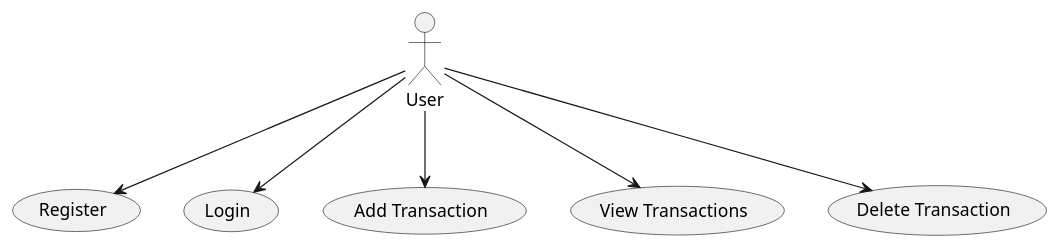
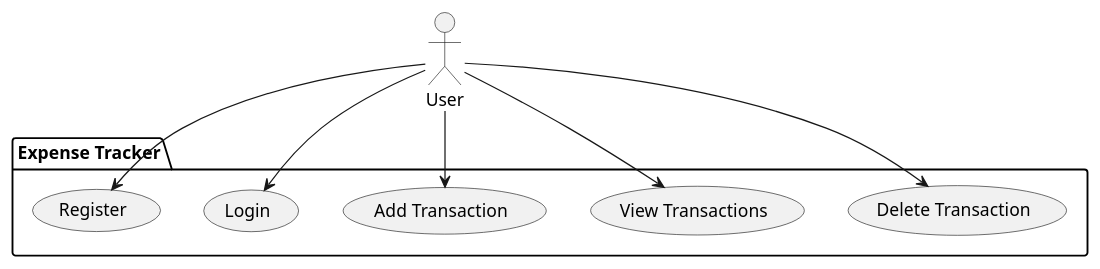
The diagram in ExpenseTrackerFolder/ExpenseTrackerBackend/src/main/java/expenseTracker/semicolon/UseCase.puml (NicholasIchukwuAgbo001/Projects), drawn with PlantUML before and after one commit. The commit also changed 7 other files, not shown here.

```diff
--- a/ExpenseTrackerFolder/ExpenseTrackerBackend/src/main/java/expenseTracker/semicolon/UseCase.puml
+++ b/ExpenseTrackerFolder/ExpenseTrackerBackend/src/main/java/expenseTracker/semicolon/UseCase.puml
@@ -1,11 +1,10 @@
-@startuml UseCaseDiagram
-
+@startuml
 actor User
-
+package "Expense Tracker" {
+User --> (Delete Transaction)
+User --> (View Transactions)
+User --> (Add Transaction)
+User --> (Login)
 User --> (Register)
-User --> (Login)
-User --> (Add Transaction)
-User --> (View Transactions)
-User --> (Delete Transaction)
-
+}
 @enduml
```
